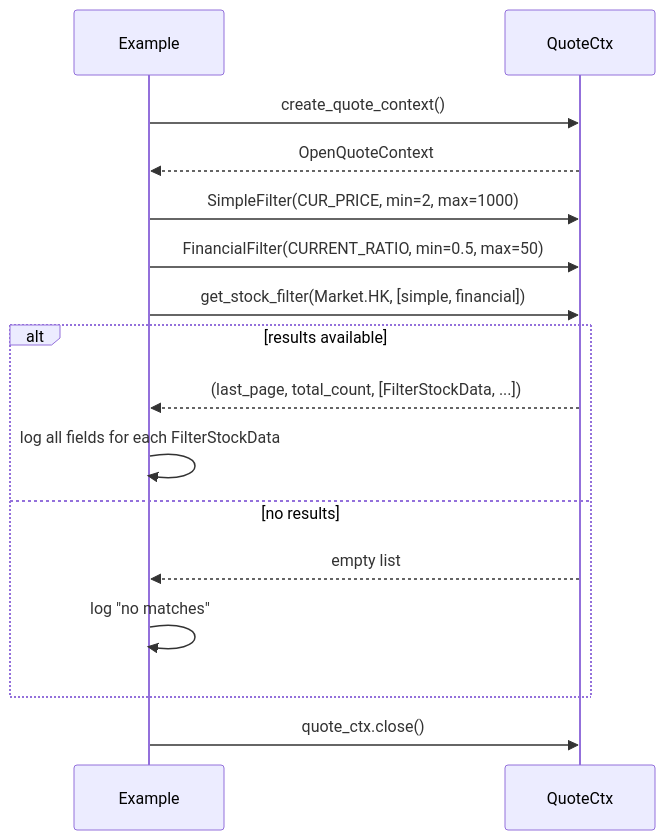
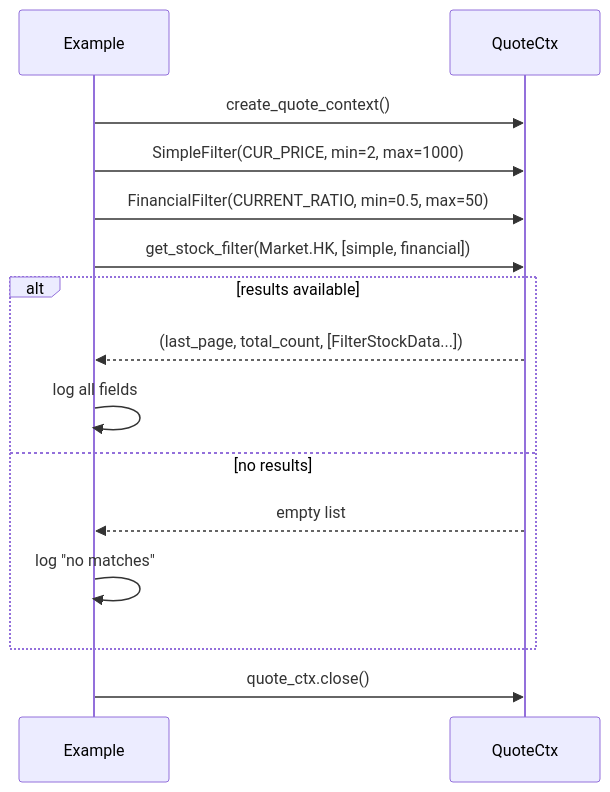
One commit to shing1211/futu-python-samples changed the sixth of 6 diagrams in ARCHITECTURE.md. Above: the diagram before and after it, drawn with Mermaid. The commit also changed other lines of this file, not shown here.

First line of the commit message:
docs: regenerate ARCHITECTURE.md from GitNexus knowledge graph

````diff
--- a/ARCHITECTURE.md
+++ b/ARCHITECTURE.md
@@ -312,22 +458,18 @@
 ```mermaid
 sequenceDiagram
     participant Example
     participant QuoteCtx
 
     Example->>QuoteCtx: create_quote_context()
-    QuoteCtx-->>Example: OpenQuoteContext
-
     Example->>QuoteCtx: SimpleFilter(CUR_PRICE, min=2, max=1000)
     Example->>QuoteCtx: FinancialFilter(CURRENT_RATIO, min=0.5, max=50)
     Example->>QuoteCtx: get_stock_filter(Market.HK, [simple, financial])
-
     alt results available
-        QuoteCtx-->>Example: (last_page, total_count, [FilterStockData, ...])
-        Example->>Example: log all fields for each FilterStockData
+        QuoteCtx-->>Example: (last_page, total_count, [FilterStockData...])
+        Example->>Example: log all fields
     else no results
         QuoteCtx-->>Example: empty list
         Example->>Example: log "no matches"
     end
-
     Example->>QuoteCtx: quote_ctx.close()
 ```
````
